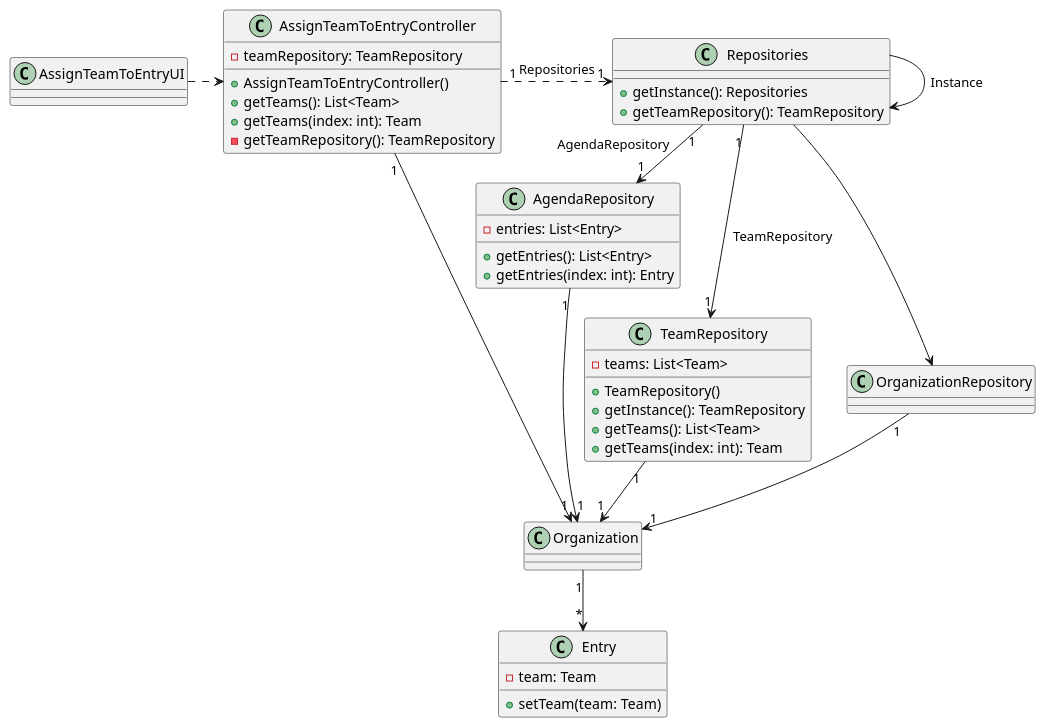
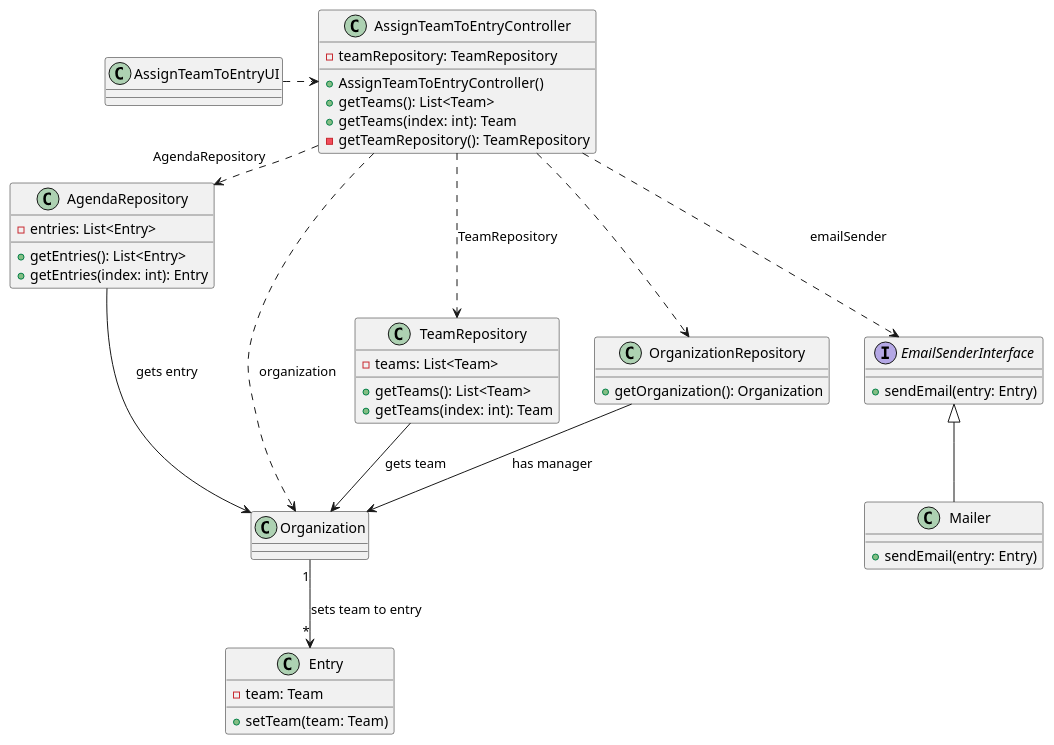
Before and after one commit to Departamento-de-Engenharia-Informatica/lei-24-s2-1df-1de-g063: the diagram in docs/SprintC/us23/03.design/puml/us023-class-diagram.puml, drawn with PlantUML. The commit also changed 6 other files, not shown here.

```diff
--- a/docs/SprintC/us23/03.design/puml/us023-class-diagram.puml
+++ b/docs/SprintC/us23/03.design/puml/us023-class-diagram.puml
@@ -1,57 +1,59 @@
 @startuml
 
 class AssignTeamToEntryController {
     -teamRepository: TeamRepository
     +AssignTeamToEntryController()
     +getTeams(): List<Team>
     +getTeams(index: int): Team
     -getTeamRepository(): TeamRepository
 }
 
 class AssignTeamToEntryUI {
 
 }
 
-
 class TeamRepository {
     -teams: List<Team>
-    +TeamRepository()
-    +getInstance(): TeamRepository
     +getTeams(): List<Team>
     +getTeams(index: int): Team
-}
-
-class Repositories {
-    +getInstance(): Repositories
-    +getTeamRepository(): TeamRepository
 }
 
 class AgendaRepository {
     -entries: List<Entry>
     +getEntries(): List<Entry>
     +getEntries(index: int): Entry
 }
 
 class Entry {
     -team: Team
     +setTeam(team: Team)
 }
+
 class Organization {
 }
+
 class OrganizationRepository{
+    +getOrganization(): Organization
 }
 
-AssignTeamToEntryController "1" .> "1" Repositories : Repositories
+interface EmailSenderInterface {
+    +sendEmail(entry: Entry)
+}
+
+class Mailer {
+    +sendEmail(entry: Entry)
+}
+
 AssignTeamToEntryUI .>  AssignTeamToEntryController
-Repositories "1" --> "1" TeamRepository : TeamRepository
-Repositories "1" -> "1" AgendaRepository : AgendaRepository
-TeamRepository "1" --> "1" Organization
-Repositories --> OrganizationRepository
-OrganizationRepository "1" --> "1" Organization
-AgendaRepository "1" --> "1" Organization
-Repositories -> Repositories : Instance
-Organization "1" --> "*" Entry
-AssignTeamToEntryController "1" -> "1" Organization
-
+AssignTeamToEntryController  ..>  TeamRepository : TeamRepository
+AssignTeamToEntryController  .> AgendaRepository : AgendaRepository
+TeamRepository  -->  Organization : gets team
+AssignTeamToEntryController  ..>  OrganizationRepository
+OrganizationRepository  -->  Organization : has manager
+AgendaRepository  -->  Organization : gets entry
+Organization "1" --> "*" Entry : sets team to entry
+AssignTeamToEntryController  .>  Organization : organization
+AssignTeamToEntryController  ..>  EmailSenderInterface : emailSender
+EmailSenderInterface <|-- Mailer
 
 @enduml
```
